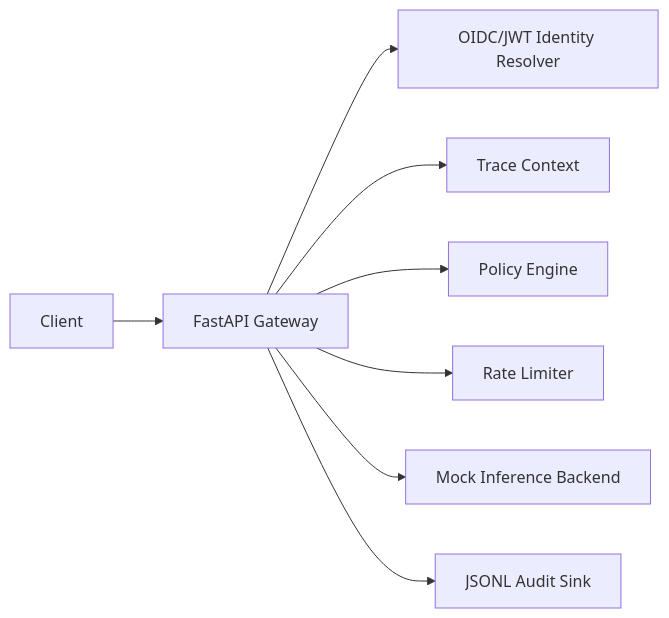
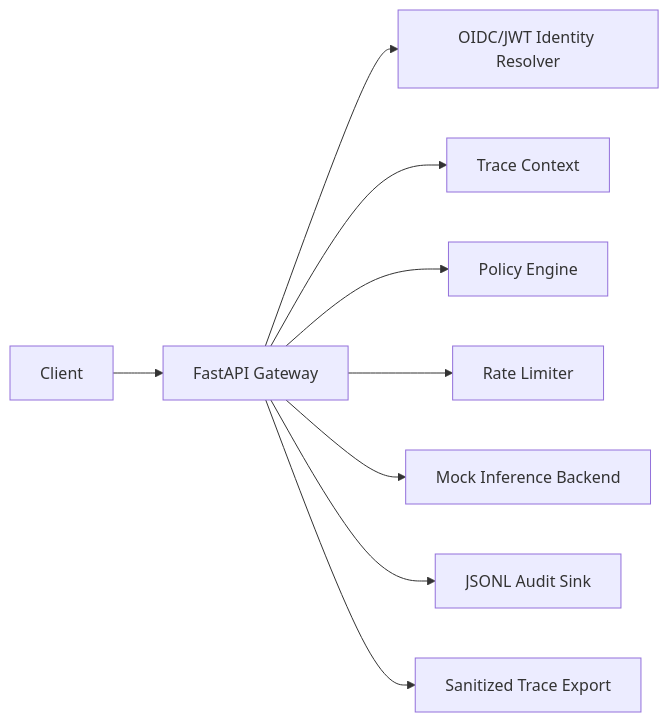
One commit to WaffleBits/secure-gpu-inference-gateway changed the diagram in ARCHITECTURE.md. Above: the diagram before and after it, drawn with Mermaid. The commit also changed other lines of this file and 14 other files, not shown here.

````diff
--- a/ARCHITECTURE.md
+++ b/ARCHITECTURE.md
@@ -3,10 +3,11 @@
 ```mermaid
 flowchart LR
     Client["Client"] --> API["FastAPI Gateway"]
     API --> Identity["OIDC/JWT Identity Resolver"]
     API --> Trace["Trace Context"]
     API --> Policy["Policy Engine"]
     API --> Limiter["Rate Limiter"]
     API --> Model["Mock Inference Backend"]
     API --> Audit["JSONL Audit Sink"]
+    API --> TraceExport["Sanitized Trace Export"]
 ```
````
